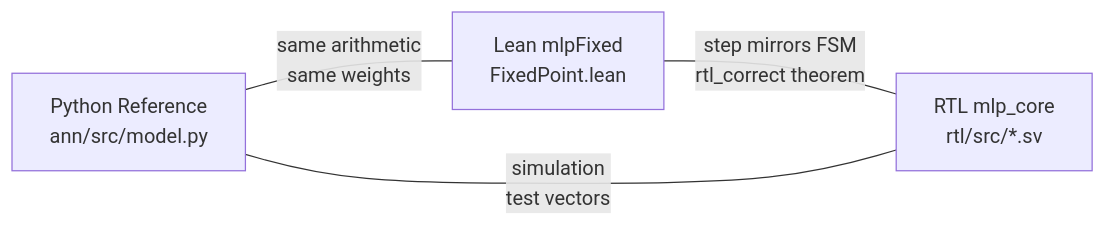
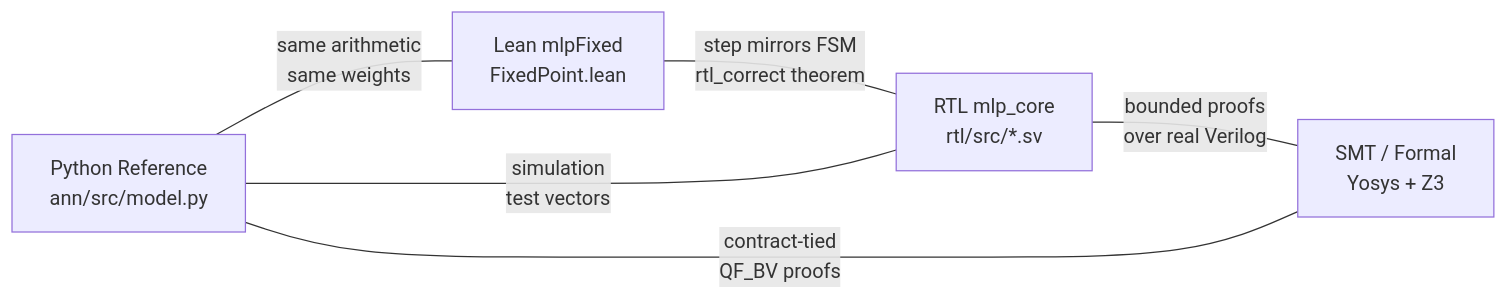
One commit to dfdgsdfg/ann-rtl-lean-poc changed the sixth of 6 diagrams in docs/from-ann-to-proven-hardware.md. Above: the diagram before and after it, drawn with Mermaid. The commit also changed other lines of this file and 37 other files, not shown here.

````diff
--- a/docs/from-ann-to-proven-hardware.md
+++ b/docs/from-ann-to-proven-hardware.md
@@ -503,6 +505,8 @@
 ```mermaid
 graph LR
     PY["Python Reference<br/>ann/src/model.py"] ---|"same arithmetic<br/>same weights"| LEAN["Lean mlpFixed<br/>FixedPoint.lean"]
     LEAN ---|"step mirrors FSM<br/>rtl_correct theorem"| RTL["RTL mlp_core<br/>rtl/src/*.sv"]
     RTL ---|"simulation<br/>test vectors"| PY
+    RTL ---|"bounded proofs<br/>over real Verilog"| SMT["SMT / Formal<br/>Yosys + Z3"]
+    SMT ---|"contract-tied<br/>QF_BV proofs"| PY
 ```
````
